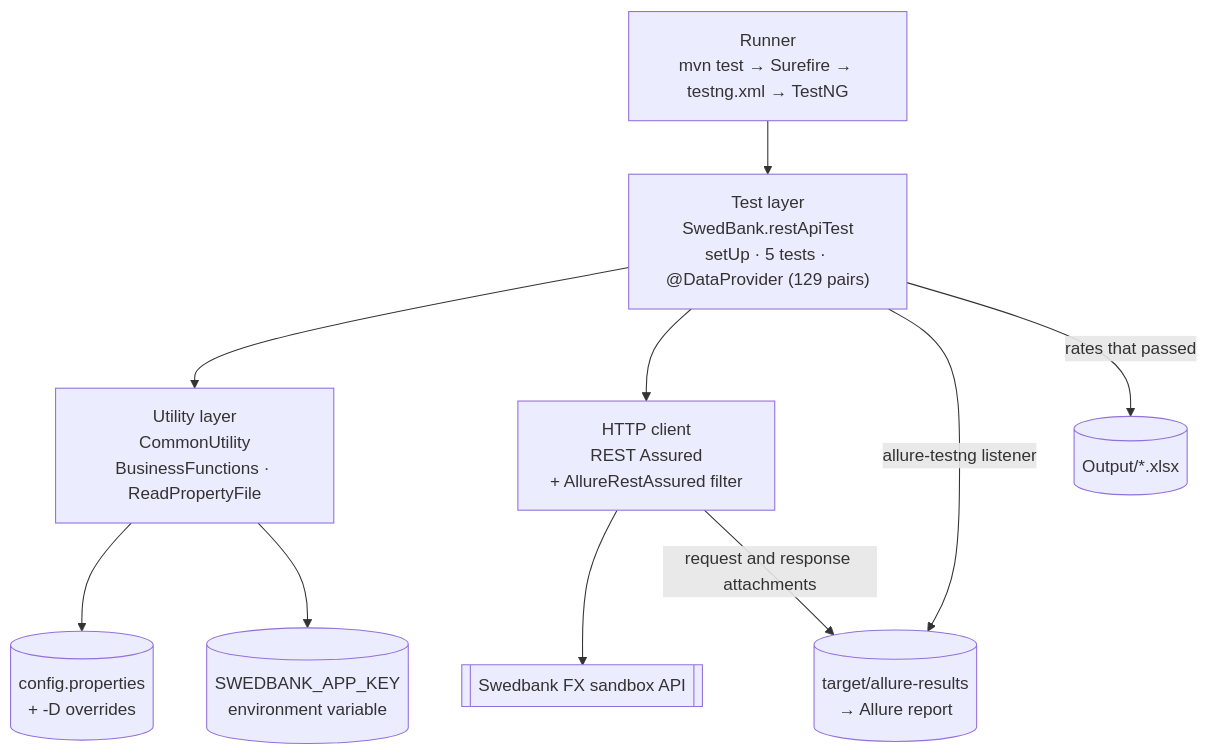
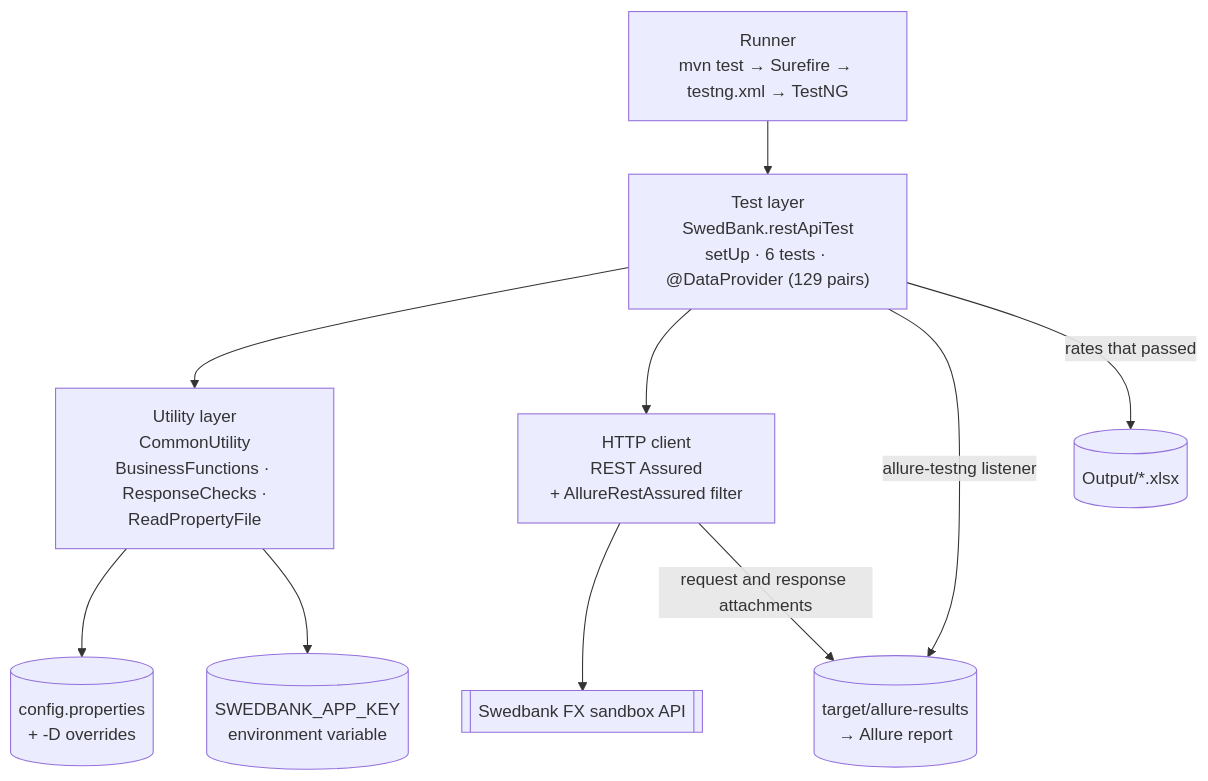
One commit to dipak-nehe/SwedeBank changed the first of 2 diagrams in README.md. Above: the diagram before and after it, drawn with Mermaid. The commit also changed other lines of this file and 2 other files, not shown here.

First line of the commit message:
Stronger assertions, and follow the API's switch from midRate to bid/ask

````diff
--- a/README.md
+++ b/README.md
@@ -38,21 +43,21 @@
 ```mermaid
 flowchart TD
     RUN["Runner<br/>mvn test → Surefire → testng.xml → TestNG"]
-    TEST["Test layer<br/>SwedBank.restApiTest<br/>setUp · 5 tests · @DataProvider (129 pairs)"]
-    UTIL["Utility layer<br/>CommonUtility<br/>BusinessFunctions · ReadPropertyFile"]
+    TEST["Test layer<br/>SwedBank.restApiTest<br/>setUp · 6 tests · @DataProvider (129 pairs)"]
+    UTIL["Utility layer<br/>CommonUtility<br/>BusinessFunctions · ResponseChecks ·<br/>ReadPropertyFile"]
     HTTP["HTTP client<br/>REST Assured<br/>+ AllureRestAssured filter"]
     API[["Swedbank FX sandbox API"]]
     CFG[("config.properties<br/>+ -D overrides")]
     ENV[("SWEDBANK_APP_KEY<br/>environment variable")]
     AR[("target/allure-results<br/>→ Allure report")]
     XLSX[("Output/*.xlsx")]
 
     RUN --> TEST
     TEST --> UTIL
     UTIL --> CFG
     UTIL --> ENV
     TEST --> HTTP --> API
     TEST -->|"allure-testng listener"| AR
     HTTP -->|"request and response attachments"| AR
     TEST -->|"rates that passed"| XLSX
 ```
````
